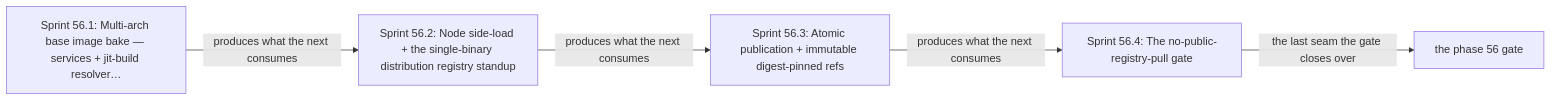
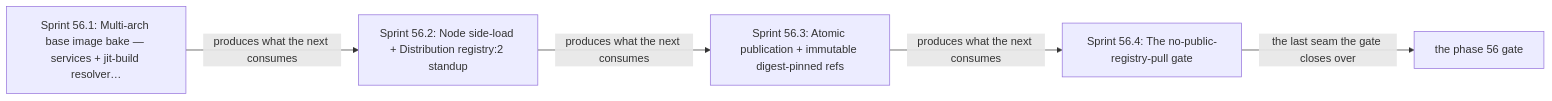
One commit to Tuee22/amoebius changed the diagram in DEVELOPMENT_PLAN/phase_56_base_image_registry.md. Above: the diagram before and after it, drawn with Mermaid. The commit also changed other lines of this file and 219 other files, not shown here.

````diff
--- a/DEVELOPMENT_PLAN/phase_56_base_image_registry.md
+++ b/DEVELOPMENT_PLAN/phase_56_base_image_registry.md
@@ -520,13 +227,13 @@
 ```mermaid
 flowchart LR
   %% register: orientation
   s0["Sprint 56.1: Multi-arch base image bake — services + jit-build resolver…"]
-  s1["Sprint 56.2: Node side-load + the single-binary distribution registry standup"]
+  s1["Sprint 56.2: Node side-load + Distribution registry:2 standup"]
   s2["Sprint 56.3: Atomic publication + immutable digest-pinned refs"]
   s3["Sprint 56.4: The no-public-registry-pull gate"]
   gate["the phase 56 gate"]
   s0 -->|"produces what the next consumes"| s1
   s1 -->|"produces what the next consumes"| s2
   s2 -->|"produces what the next consumes"| s3
   s3 -->|"the last seam the gate closes over"| gate
 ```
````
